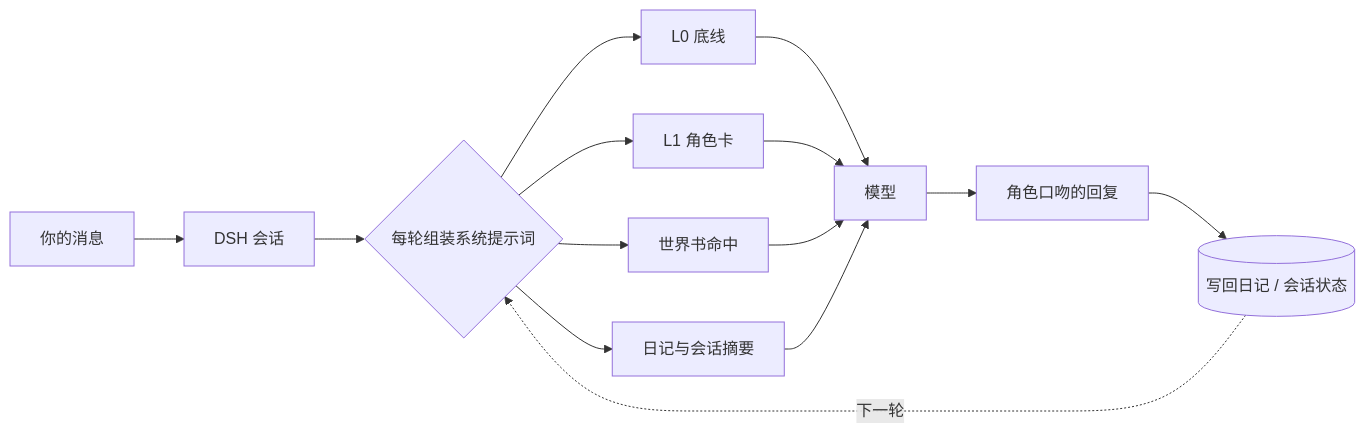
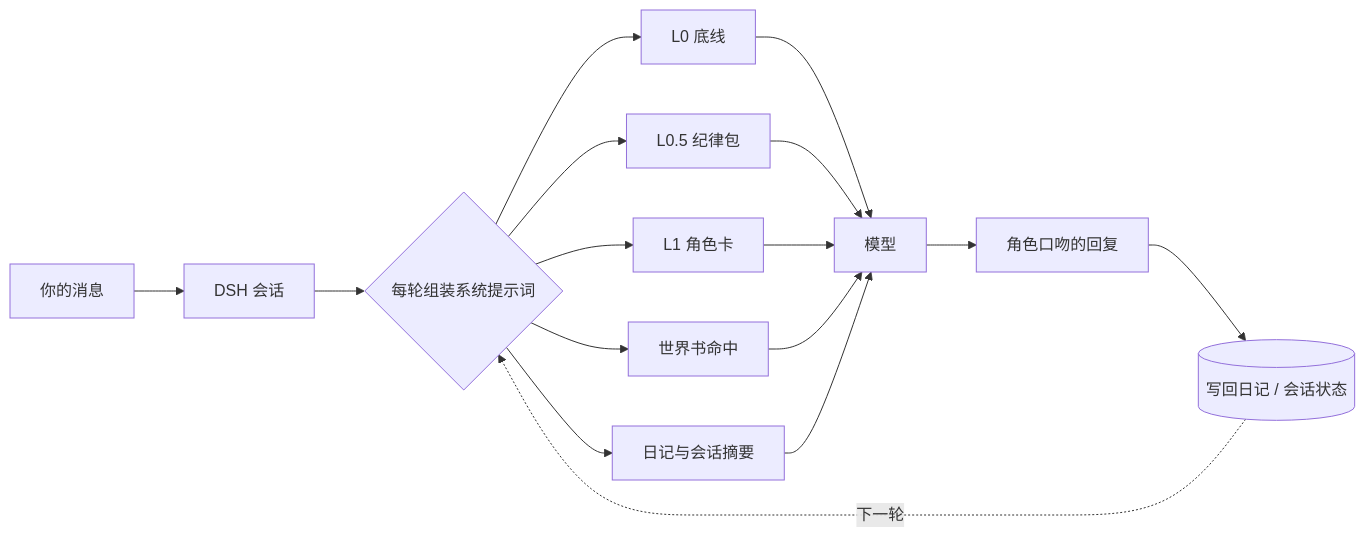
One commit to Treasure-hub-agent/dsh-ai-with-u changed the diagram in README.md. Above: the diagram before and after it, drawn with Mermaid. The commit also changed other lines of this file and 20 other files, not shown here.

````diff
--- a/README.md
+++ b/README.md
@@ -57,16 +62,18 @@
 ```mermaid
 flowchart LR
     U[你的消息] --> S[DSH 会话]
     S --> A{每轮组装系统提示词}
     A --> L0[L0 底线]
+    A --> L05[L0.5 纪律包]
     A --> L1[L1 角色卡]
     A --> W[世界书命中]
     A --> D[日记与会话摘要]
     L0 --> M[模型]
+    L05 --> M
     L1 --> M
     W --> M
     D --> M
     M --> R[角色口吻的回复]
     R --> DB[(写回日记 / 会话状态)]
     DB -. 下一轮 .-> A
 ```
````
